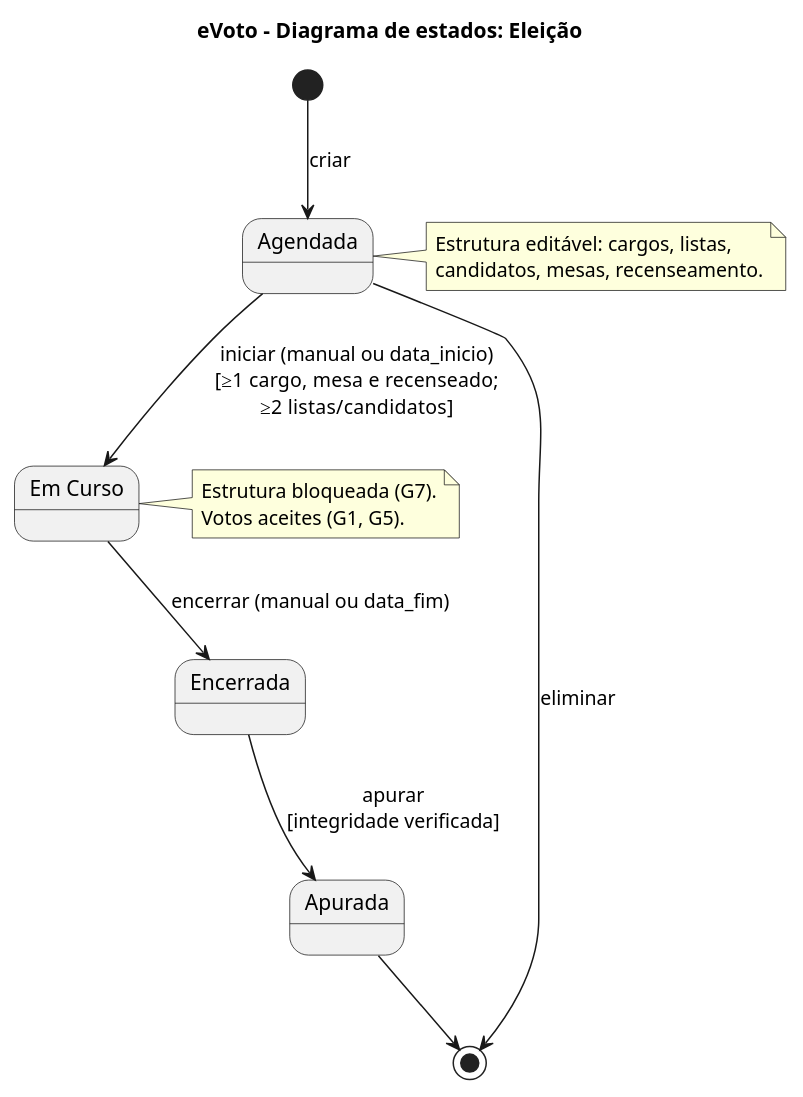
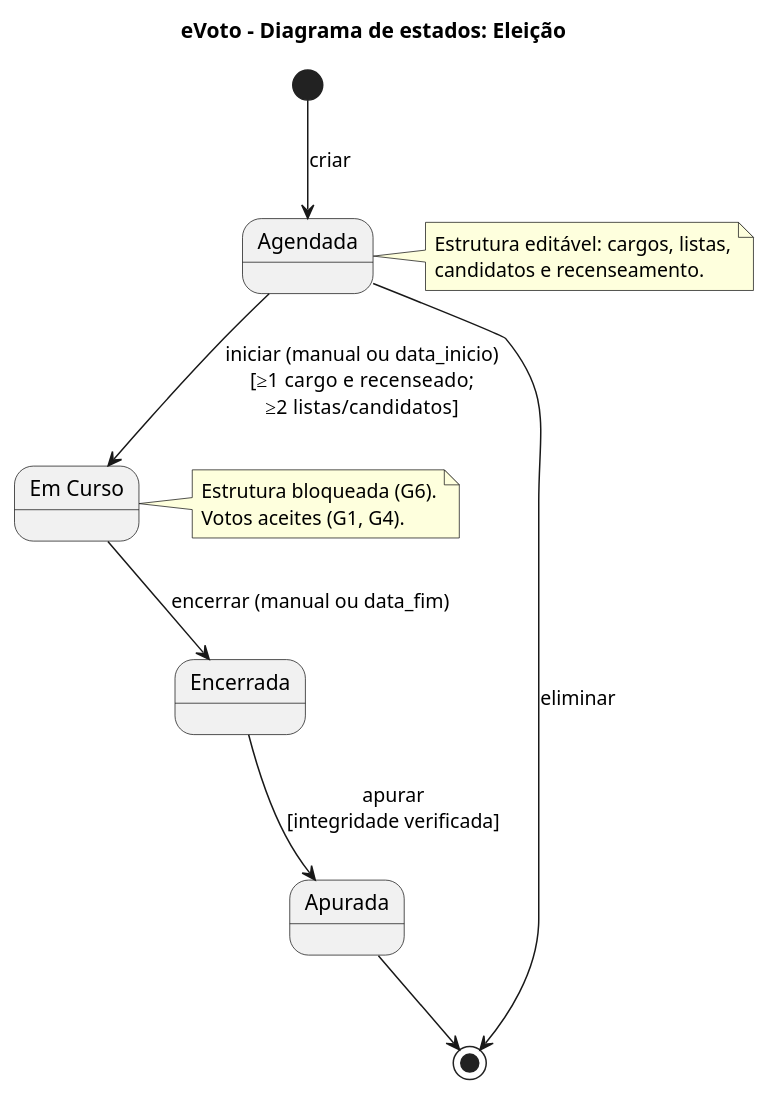
One commit to Prreira/BDD_Project changed the diagram in docs/uml/05_estados_eleicao.puml. Above: the diagram before and after it, drawn with PlantUML. The commit also changed 25 other files, not shown here.

```diff
--- a/docs/uml/05_estados_eleicao.puml
+++ b/docs/uml/05_estados_eleicao.puml
@@ -1,20 +1,20 @@
 @startuml
 title eVoto - Diagrama de estados: Eleição
 [*] --> Agendada : criar
-Agendada --> EmCurso : iniciar (manual ou data_inicio)\n[≥1 cargo, mesa e recenseado;\n≥2 listas/candidatos]
+Agendada --> EmCurso : iniciar (manual ou data_inicio)\n[≥1 cargo e recenseado;\n≥2 listas/candidatos]
 EmCurso --> Encerrada : encerrar (manual ou data_fim)
 Encerrada --> Apurada : apurar\n[integridade verificada]
 Apurada --> [*]
 Agendada --> [*] : eliminar
 
 state "Em Curso" as EmCurso
 
 note right of Agendada
   Estrutura editável: cargos, listas,
-  candidatos, mesas, recenseamento.
+  candidatos e recenseamento.
 end note
 note right of EmCurso
-  Estrutura bloqueada (G7).
-  Votos aceites (G1, G5).
+  Estrutura bloqueada (G6).
+  Votos aceites (G1, G4).
 end note
 @enduml
```
